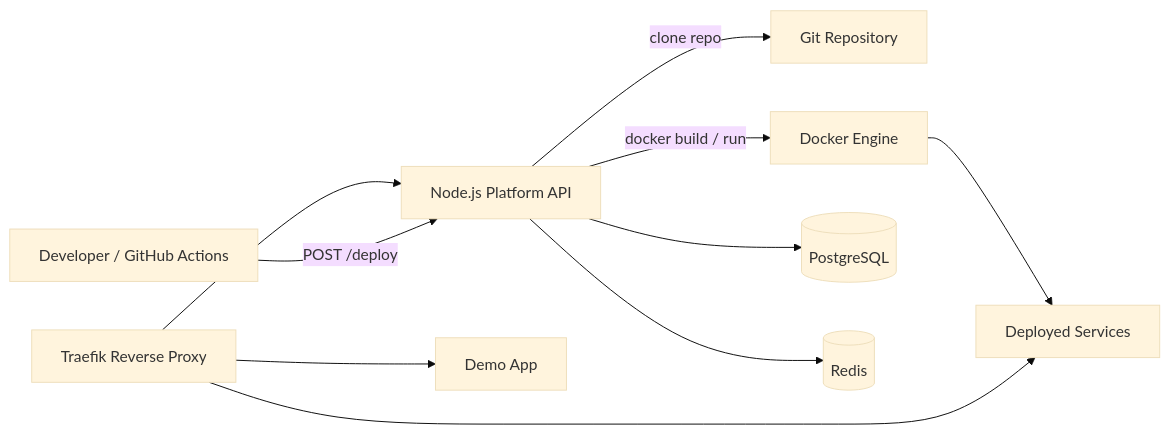
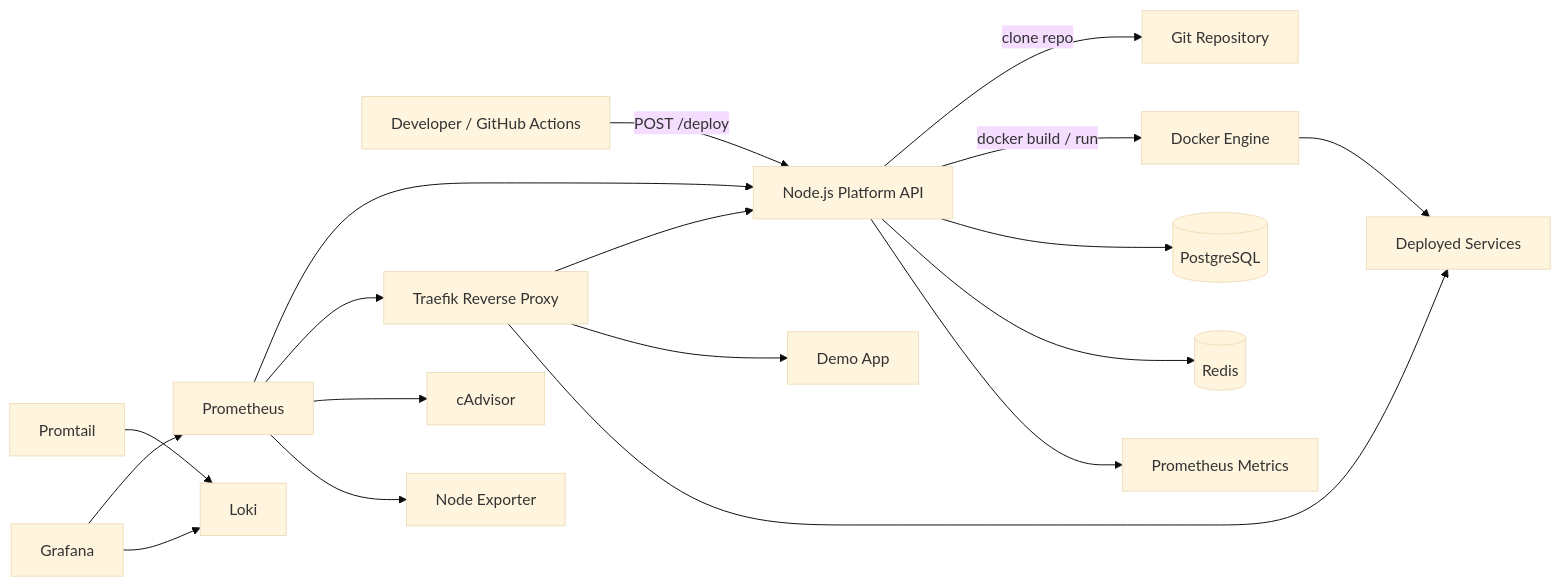
The diagram in README.md (semihbugrasezer/self-hosted-devops), drawn with Mermaid (base theme) before and after one commit. The commit also changed other lines of this file and 16 other files, not shown here.

````diff
--- a/README.md
+++ b/README.md
@@ -9,12 +9,20 @@
 ```mermaid
 flowchart LR
   Dev[Developer / GitHub Actions] -->|POST /deploy| API[Node.js Platform API]
   API -->|clone repo| Git[Git Repository]
   API -->|docker build / run| Docker[Docker Engine]
   API --> Postgres[(PostgreSQL)]
   API --> Redis[(Redis)]
+  API --> Metrics[Prometheus Metrics]
   Traefik[Traefik Reverse Proxy] --> API
   Traefik --> App[Demo App]
   Traefik --> Deployed[Deployed Services]
   Docker --> Deployed
+  Prometheus[Prometheus] --> API
+  Prometheus --> Traefik
+  Prometheus --> CAdvisor[cAdvisor]
+  Prometheus --> NodeExporter[Node Exporter]
+  Promtail[Promtail] --> Loki[Loki]
+  Grafana[Grafana] --> Prometheus
+  Grafana --> Loki
 ```
````
